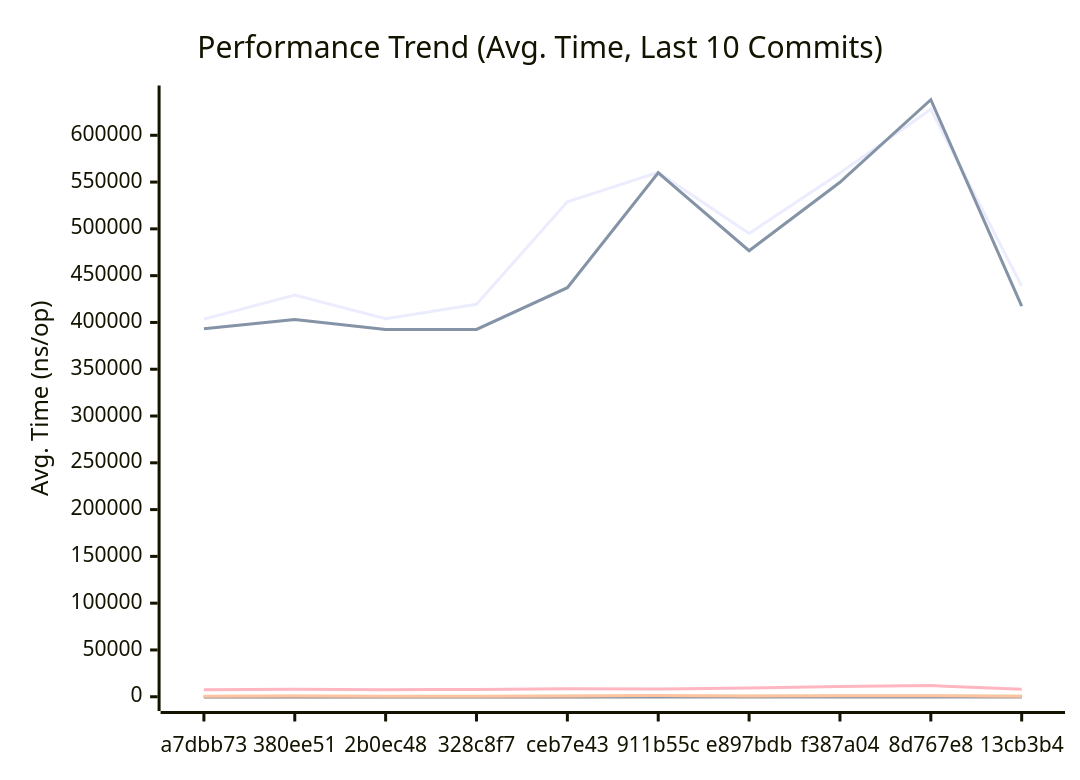
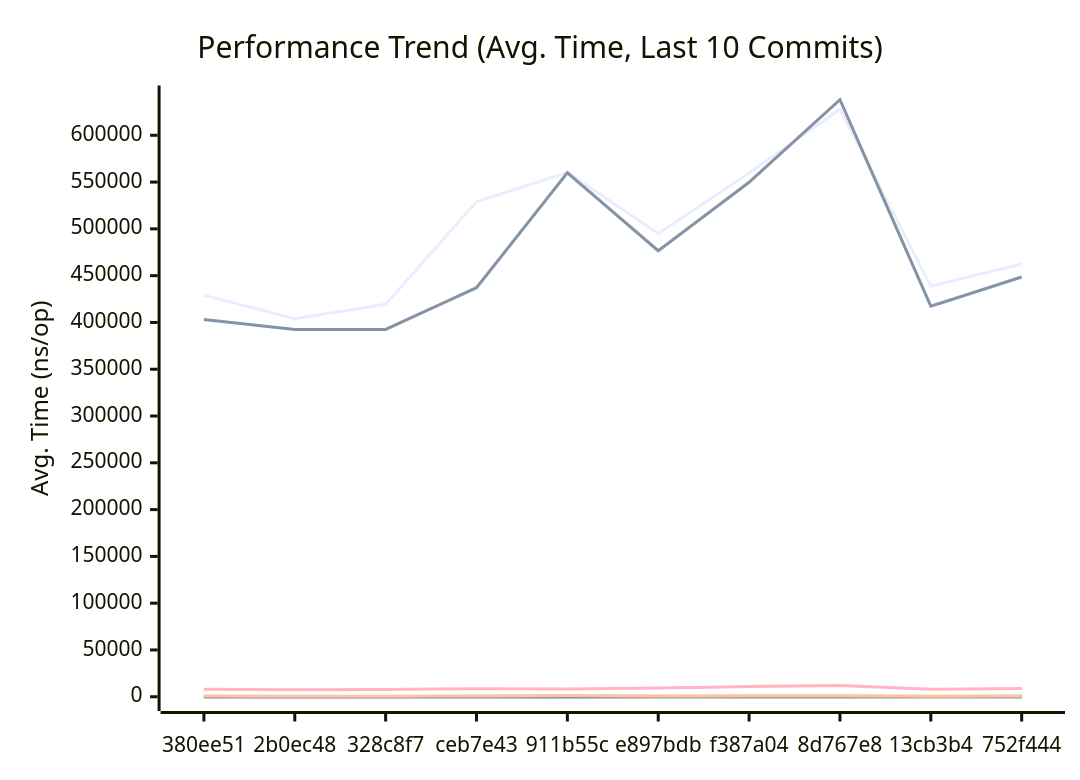
One commit to alsotoes/momo changed the first of 3 diagrams in docs/PERFORMANCE.md. Above: the diagram before and after it, drawn with Mermaid. The commit also changed other lines of this file and 2 other files, not shown here.

````diff
--- a/docs/PERFORMANCE.md
+++ b/docs/PERFORMANCE.md
@@ -145,20 +145,20 @@
 ```mermaid
 xychart-beta
     title "Performance Trend (Avg. Time, Last 10 Commits)"
     x-axis "Commit"
     y-axis "Avg. Time (ns/op)"
-    x-axis [a7dbb73,380ee51,2b0ec48,328c8f7,ceb7e43,911b55c,e897bdb,f387a04,8d767e8,13cb3b4]
-    line "AWSChunkedReaderSigned" [403588,429229,403967,419399,528932,560369,495010,559620,627798,438813]
-    line "AWSChunkedReaderUnsigned" [393243,403247,392414,392490,437150,559938,476646,549790,637979,417363]
-    line "CheckMetricsAndSwap" [7,9,7,7,9,12,10,10,10,8]
-    line "CrushOptimized" [284,301,316,290,369,320,353,417,536,370]
-    line "CrushOriginal" [396,423,386,392,431,406,535,558,630,460]
+    x-axis [380ee51,2b0ec48,328c8f7,ceb7e43,911b55c,e897bdb,f387a04,8d767e8,13cb3b4,752f444]
+    line "AWSChunkedReaderSigned" [429229,403967,419399,528932,560369,495010,559620,627798,438813,462513]
+    line "AWSChunkedReaderUnsigned" [403247,392414,392490,437150,559938,476646,549790,637979,417363,448517]
+    line "CheckMetricsAndSwap" [9,7,7,9,12,10,10,10,8,9]
+    line "CrushOptimized" [301,316,290,369,320,353,417,536,370,424]
+    line "CrushOriginal" [423,386,392,431,406,535,558,630,460,605]
     line "IndexDirectTracking" [0,0,0,0,0,0,0,0,0,0]
     line "IndexSearch" [3,3,3,3,3,3,3,3,3,3]
-    line "LoadGlobalConfig" [7563,7976,7514,7727,8630,8163,9243,10867,11980,7965]
-    line "PadString" [37,39,38,39,42,39,46,56,63,39]
+    line "LoadGlobalConfig" [7976,7514,7727,8630,8163,9243,10867,11980,7965,8740]
+    line "PadString" [39,38,39,42,39,46,56,63,39,42]
     line "ParseReplicationOrder_NoPrealloc" [350,349,357,354,345,225,229,165,232,234]
     line "ParseReplicationOrder_Prealloc" [229,231,237,234,229,108,107,80,110,109]
-    line "SanitizeLog/Safe" [222,229,221,212,221,218,262,255,336,234]
-    line "SanitizeLog/Unsafe" [643,668,634,643,707,1259,759,960,1005,654]
+    line "SanitizeLog/Safe" [229,221,212,221,218,262,255,336,234,225]
+    line "SanitizeLog/Unsafe" [668,634,643,707,1259,759,960,1005,654,741]
 ```
````
